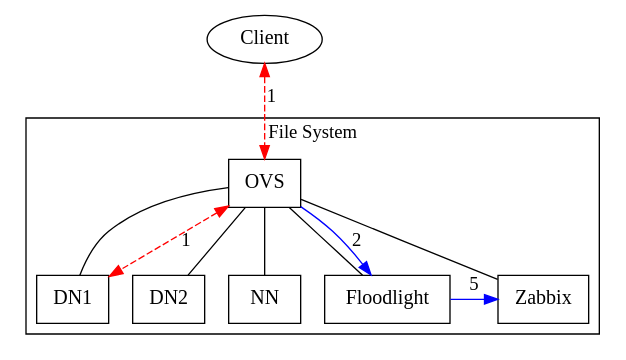
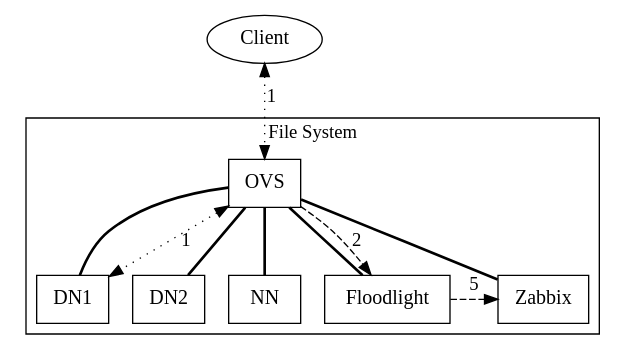
One commit to gertimon/cit-msc-ss14 changed the diagram in Ausarbeitung/dot/closeConnection.dot. Above: the diagram before and after it, drawn with Graphviz. The commit also changed 9 other files, not shown here.

```diff
--- a/Ausarbeitung/dot/closeConnection.dot
+++ b/Ausarbeitung/dot/closeConnection.dot
@@ -1,38 +1,38 @@
 digraph{
 
     subgraph cluster_0 {
         node[fontsize=15, shape = box];
           {rank = same; Zabbix; DN1; DN2; NN; Floodlight}
-        edge [dir=none]
+        edge [dir=none, style=bold]
         OVS;
         Zabbix;
         DN1;
         DN2;
         NN;
         Floodlight;
         OVS -> Zabbix;
         OVS -> DN1
         OVS -> DN2
         OVS -> NN
         OVS -> Floodlight
         label = "File System"
     }
 
      subgraph connection1 {
         node[fontsize=15];
         Client;
-        edge [color=blue]
+        edge [style=dashed]
         
         OVS -> Floodlight [label= "2"]
         Floodlight -> Zabbix[label = "5"]
     }
 
      subgraph connection2 {
-        edge [style=dashed, dir = both, color=red]
+        edge [style=dotted, dir = both]
         Client -> OVS  [label= "1"]
         OVS -> DN1 [label = "1"]
         
     }
    
 
 }
```
